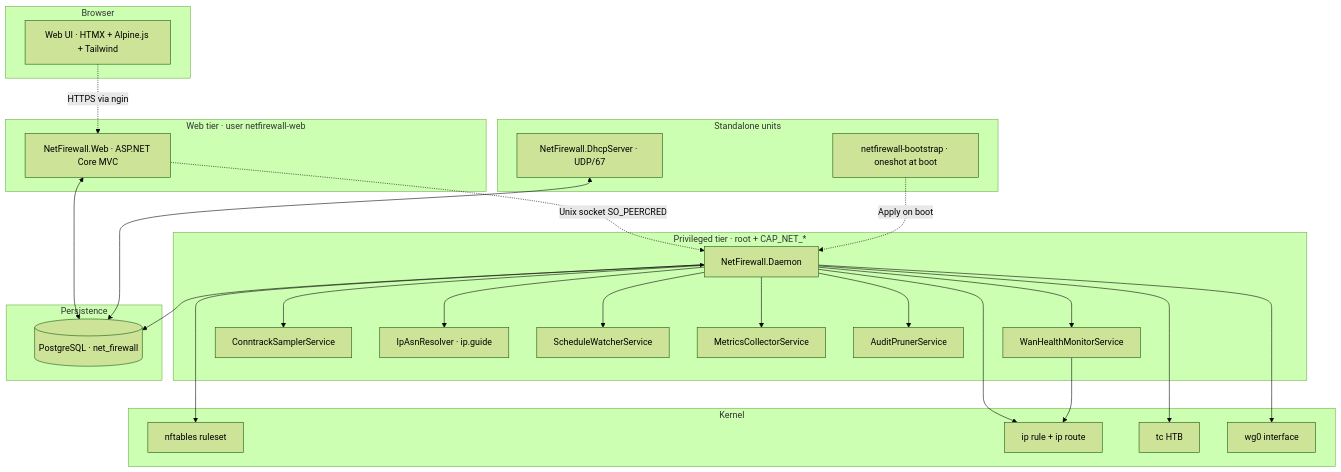
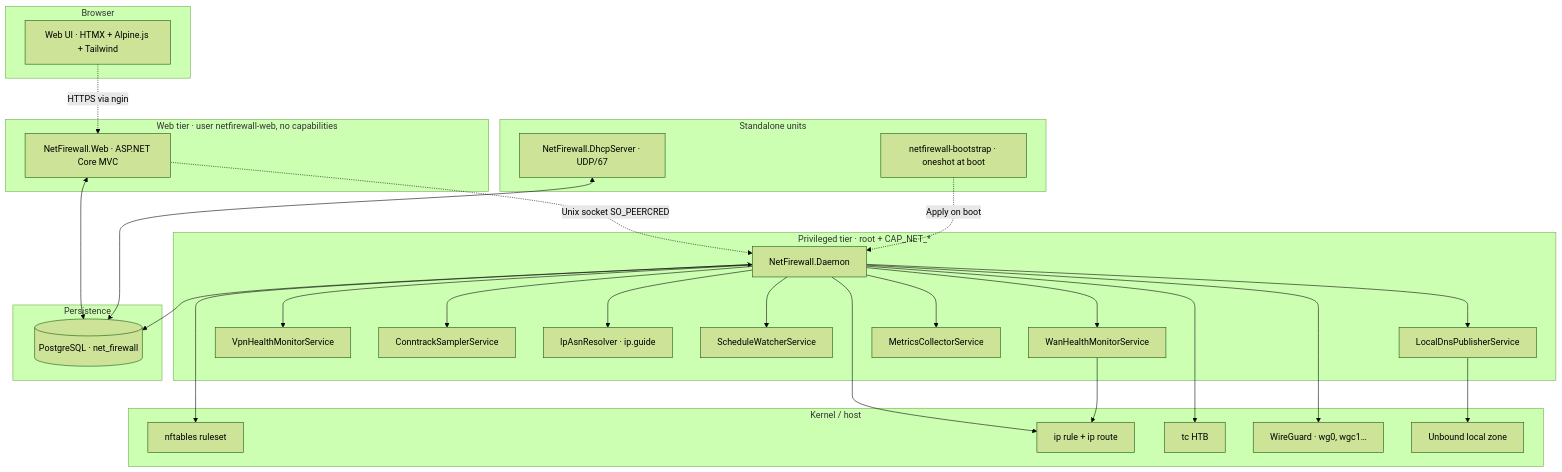
The first of 5 diagrams in README.md (mchinchilla/NetFirewall), drawn with Mermaid (forest theme) before and after one commit. The commit also changed other lines of this file and 7 other files, not shown here.

````diff
--- a/README.md
+++ b/README.md
@@ -61,48 +62,51 @@
 ```mermaid
 graph TB
     subgraph Browser
         UI[Web UI · HTMX + Alpine.js + Tailwind]
     end
 
-    subgraph "Web tier · user netfirewall-web"
+    subgraph "Web tier · user netfirewall-web, no capabilities"
         WEB[NetFirewall.Web · ASP.NET Core MVC]
     end
 
     subgraph "Privileged tier · root + CAP_NET_*"
         D[NetFirewall.Daemon]
         D --> HM[WanHealthMonitorService]
+        D --> VH[VpnHealthMonitorService]
         D --> CS[ConntrackSamplerService]
         D --> AR[IpAsnResolver · ip.guide]
         D --> SW[ScheduleWatcherService]
+        D --> DNS[LocalDnsPublisherService]
         D --> MC[MetricsCollectorService]
-        D --> AP[AuditPrunerService]
     end
 
     subgraph "Standalone units"
         DHCP[NetFirewall.DhcpServer · UDP/67]
         BS[netfirewall-bootstrap · oneshot at boot]
     end
 
     subgraph "Persistence"
         PG[(PostgreSQL · net_firewall)]
     end
 
-    subgraph Kernel
+    subgraph Kernel / host
         NFT[nftables ruleset]
         IPR[ip rule + ip route]
         TC[tc HTB]
-        WG[wg0 interface]
+        WG[WireGuard · wg0, wgc1…]
+        UB[Unbound local zone]
     end
 
     UI -.HTTPS via nginx.-> WEB
     WEB -.Unix socket SO_PEERCRED.-> D
     BS -.Apply on boot.-> D
     WEB <--> PG
     D <--> PG
     DHCP <--> PG
     D --> NFT
     D --> IPR
     D --> TC
     D --> WG
+    DNS --> UB
     HM --> IPR
 ```
````
